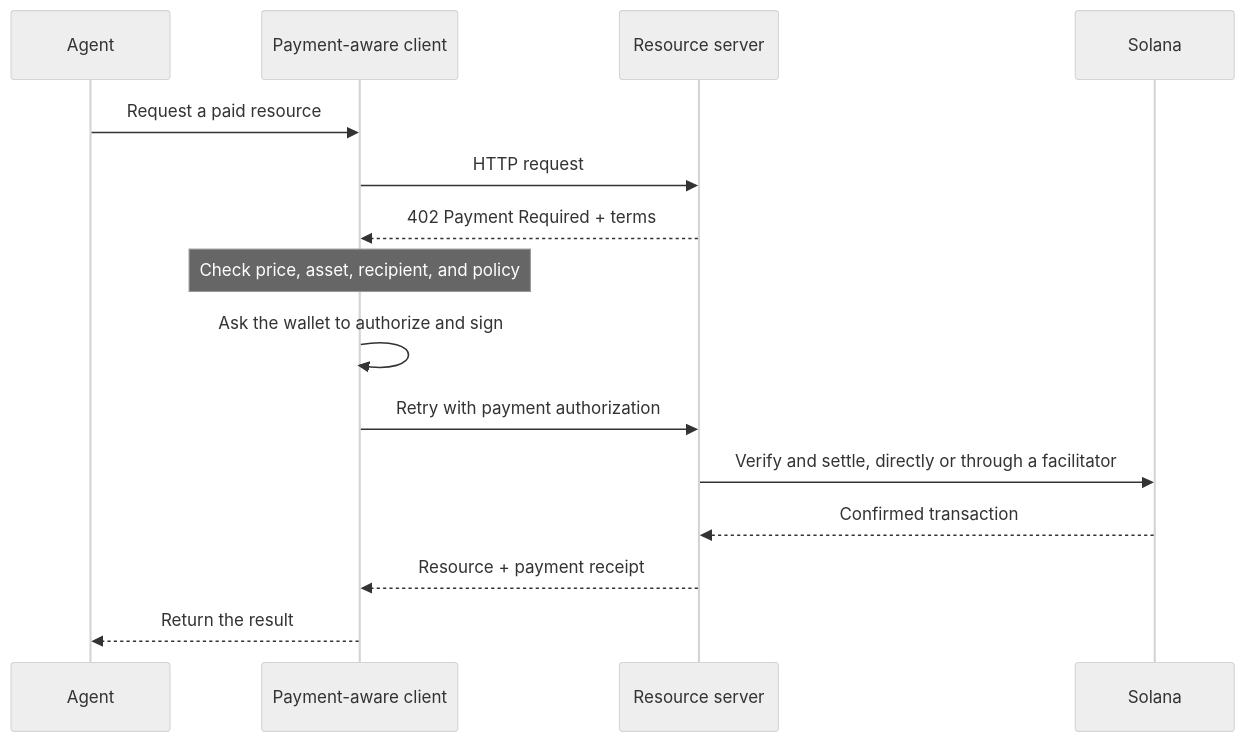
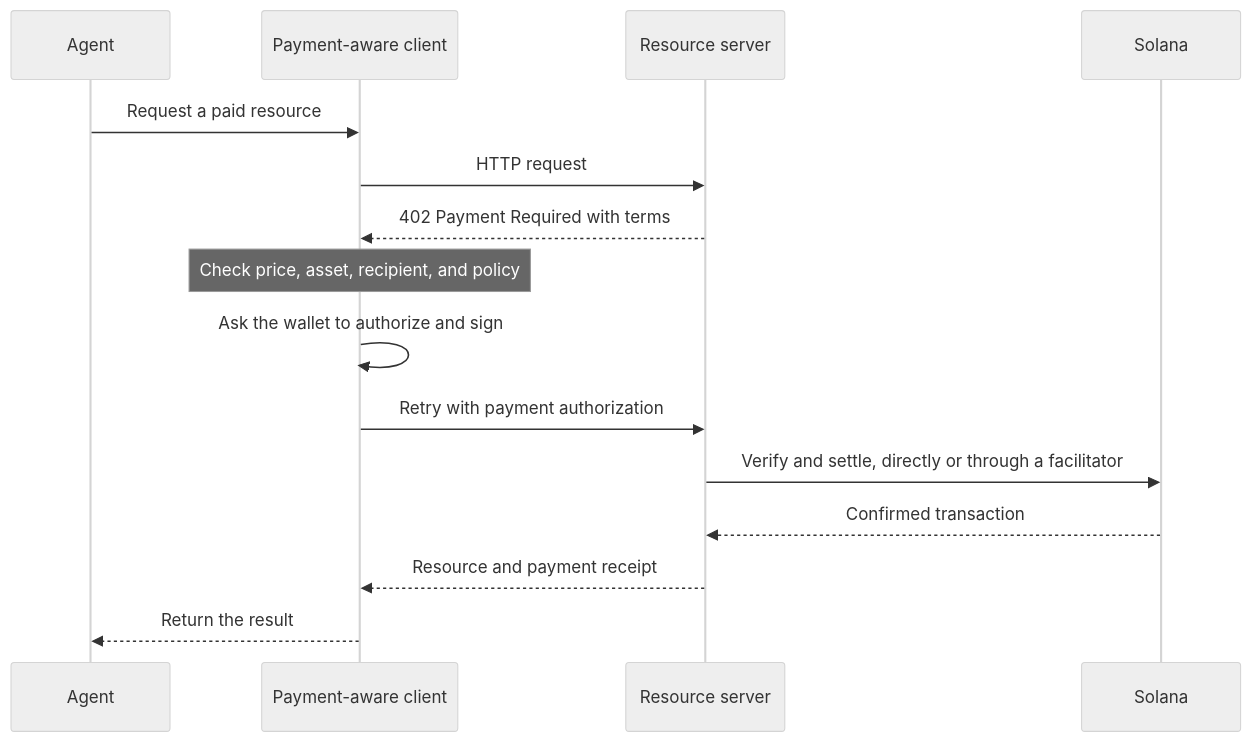
Before and after one commit to catmcgee/solana-com: the diagram in apps/docs/docs/payments/agentic-payments/index.mdx, drawn with Mermaid (neutral theme). The commit also changed other lines of this file and 798 other files, not shown here.

First line of the commit message:
docs: redesign diagrams, make demos run like real executions, reuse the real solana.com header, new Build dropdown

````diff
--- a/apps/docs/docs/payments/agentic-payments/index.mdx
+++ b/apps/docs/docs/payments/agentic-payments/index.mdx
@@ -31,17 +31,17 @@
 ```mermaid
 sequenceDiagram
     participant Agent
     participant Payer as Payment-aware client
     participant API as Resource server
     participant Solana
     Agent->>Payer: Request a paid resource
     Payer->>API: HTTP request
-    API-->>Payer: 402 Payment Required + terms
+    API-->>Payer: 402 Payment Required with terms
     Note over Payer: Check price, asset, recipient, and policy
     Payer->>Payer: Ask the wallet to authorize and sign
     Payer->>API: Retry with payment authorization
     API->>Solana: Verify and settle, directly or through a facilitator
     Solana-->>API: Confirmed transaction
-    API-->>Payer: Resource + payment receipt
+    API-->>Payer: Resource and payment receipt
     Payer-->>Agent: Return the result
 ```
````
